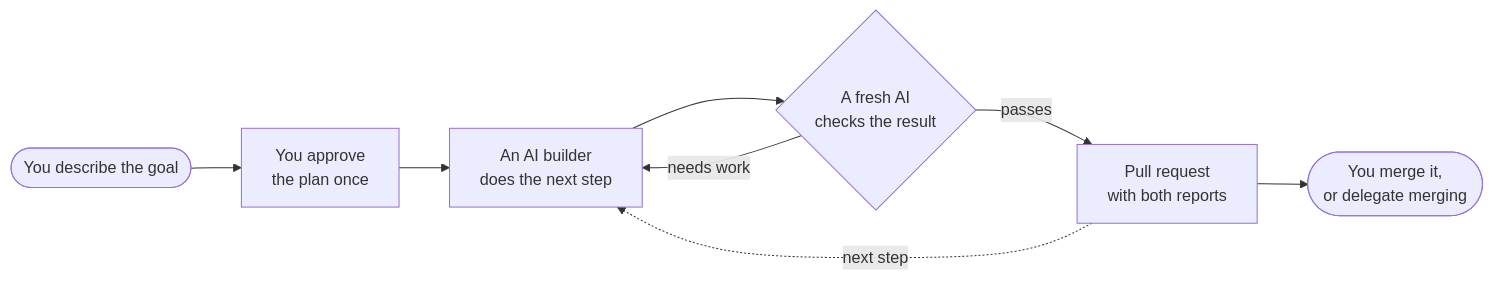
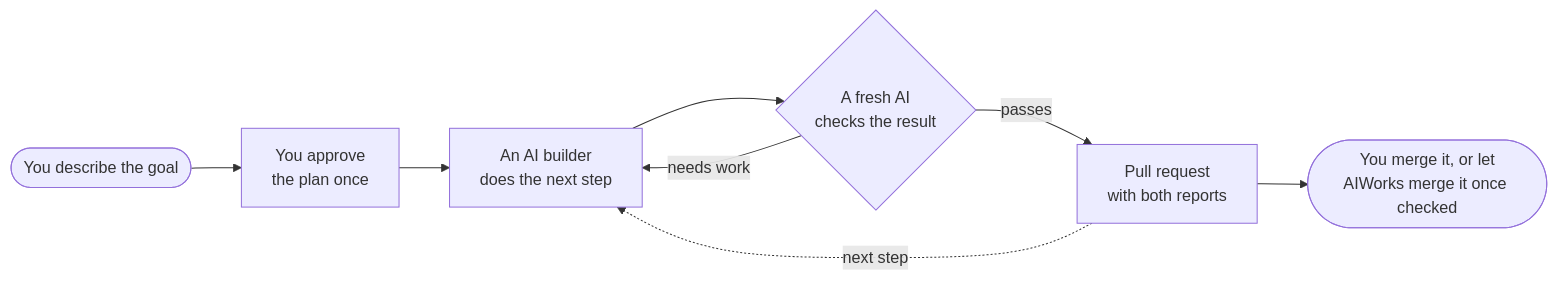
Before and after one commit to netbka/aiworks: the diagram in README.md, drawn with Mermaid. The commit also changed other lines of this file and 9 other files, not shown here.

````diff
--- a/README.md
+++ b/README.md
@@ -46,10 +46,10 @@
 ```mermaid
 flowchart LR
     goal([You describe the goal]) --> plan[You approve<br/>the plan once]
     plan --> build[An AI builder<br/>does the next step]
     build --> check{A fresh AI<br/>checks the result}
     check -- needs work --> build
     check -- passes --> pr[Pull request<br/>with both reports]
-    pr --> merge([You merge it,<br/>or delegate merging])
+    pr --> merge([You merge it, or let<br/>AIWorks merge it once checked])
     pr -. next step .-> build
 ```
````
